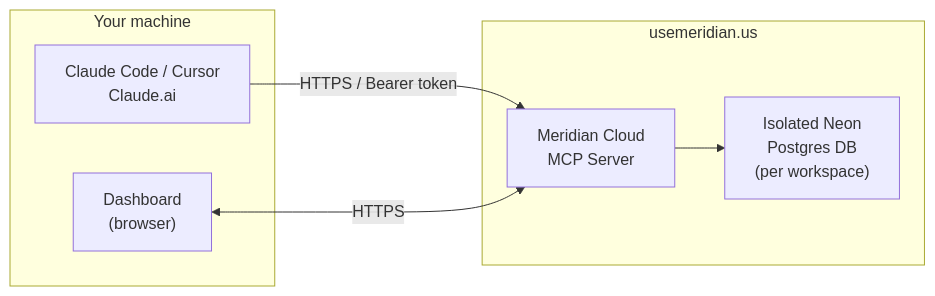
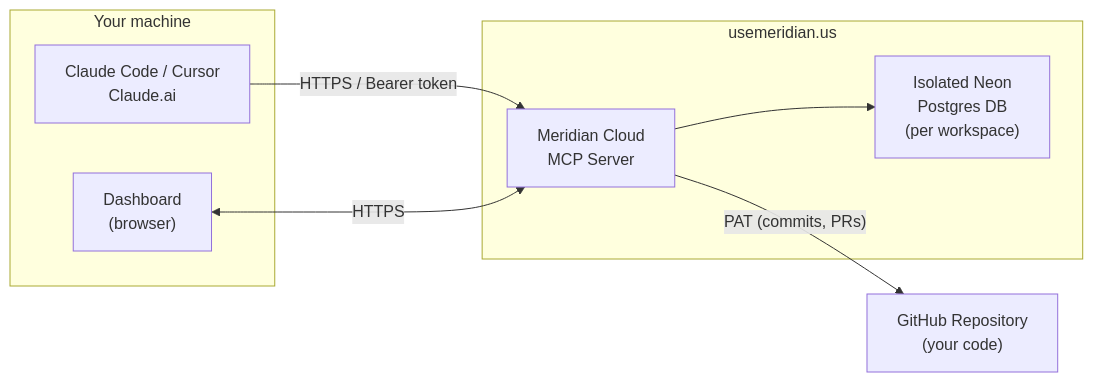
Before and after one commit to meridianmcp/Meridian: the second of 2 diagrams in docs/index.md, drawn with Mermaid. The commit also changed 10 other files, not shown here.

````diff
--- a/docs/index.md
+++ b/docs/index.md
@@ -71,16 +71,19 @@
 ```mermaid
 flowchart LR
     subgraph YM["Your machine"]
         CC["Claude Code / Cursor<br/>Claude.ai"]
         DB["Dashboard<br/>(browser)"]
     end
 
     subgraph Cloud["usemeridian.us"]
         MS["Meridian Cloud<br/>MCP Server"]
         ND["Isolated Neon<br/>Postgres DB<br/>(per workspace)"]
         MS --> ND
     end
 
+    GH["GitHub Repository<br/>(your code)"]
+
     CC -->|"HTTPS / Bearer token"| MS
     DB <-->|"HTTPS"| MS
+    MS -->|"PAT (commits, PRs)"| GH
 ```
````
